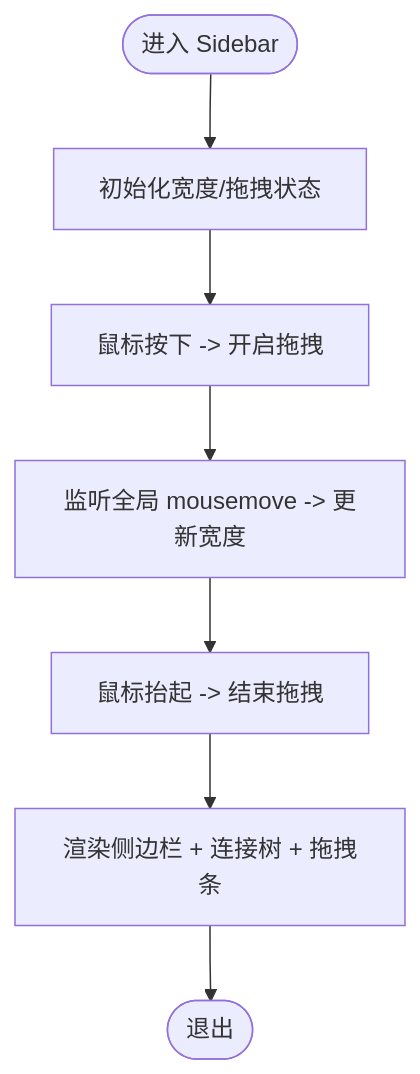
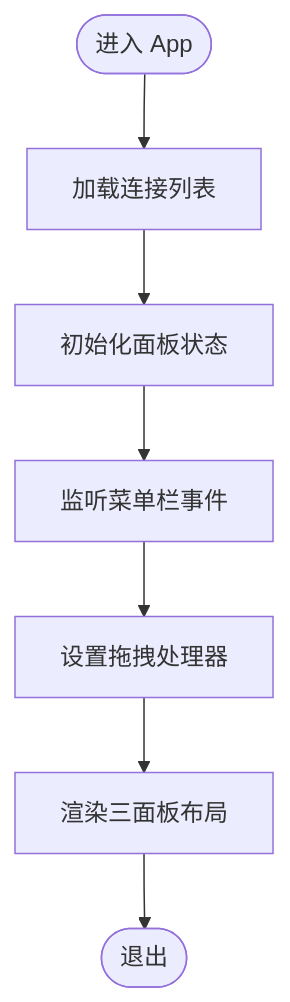
Before and after one commit to wwenbo2048/nexsql: the third of 8 diagrams in .qoder/repowiki/zh/content/架构设计/组件系统架构/组件系统架构.md, drawn with Mermaid. The commit also changed other lines of this file and 19 other files, not shown here.

````diff
--- a/.qoder/repowiki/zh/content/架构设计/组件系统架构/组件系统架构.md
+++ b/.qoder/repowiki/zh/content/架构设计/组件系统架构/组件系统架构.md
@@ -213,9 +228,9 @@
 ```mermaid
 flowchart TD
-Start(["进入 Sidebar"]) --> Init["初始化宽度/拖拽状态"]
-Init --> MouseDown["鼠标按下 -> 开启拖拽"]
-MouseDown --> MouseMove["监听全局 mousemove -> 更新宽度"]
-MouseMove --> MouseUp["鼠标抬起 -> 结束拖拽"]
-MouseUp --> Render["渲染侧边栏 + 连接树 + 拖拽条"]
-Render --> End(["退出"])
+Start(["进入 App"]) --> LoadConnections["加载连接列表"]
+LoadConnections --> InitPanels["初始化面板状态"]
+InitPanels --> ListenEvents["监听菜单栏事件"]
+ListenEvents --> DragHandlers["设置拖拽处理器"]
+DragHandlers --> RenderLayout["渲染三面板布局"]
+RenderLayout --> End(["退出"])
 ```
````
